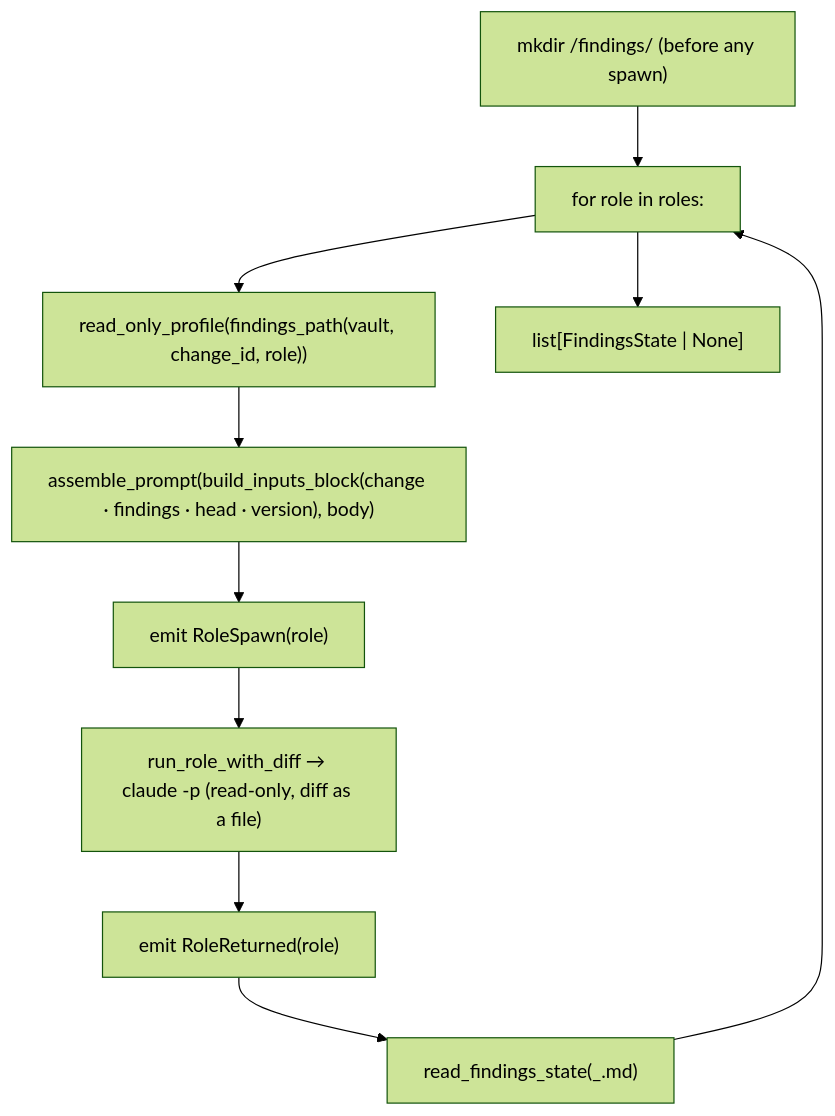
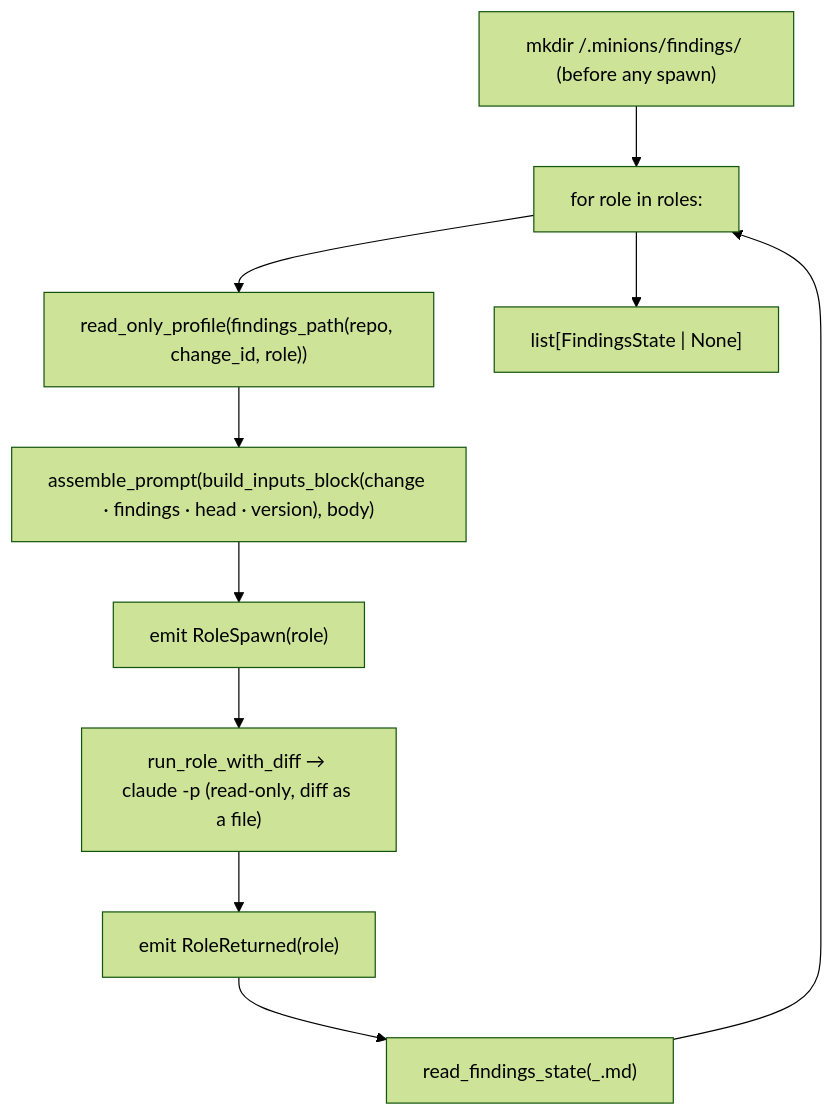
Before and after one commit to alxb1t/minionsfactory: the diagram in docs/modules/fanout.md, drawn with Mermaid (forest theme). The commit also changed other lines of this file and 14 other files, not shown here.

````diff
--- a/docs/modules/fanout.md
+++ b/docs/modules/fanout.md
@@ -37,12 +37,12 @@
 ```mermaid
 flowchart TD
-    mk["mkdir <vault>/findings/ (before any spawn)"] --> loop["for role in roles:"]
-    loop --> prof["read_only_profile(findings_path(vault, change_id, role))"]
+    mk["mkdir <repo>/.minions/findings/ (before any spawn)"] --> loop["for role in roles:"]
+    loop --> prof["read_only_profile(findings_path(repo, change_id, role))"]
     prof --> inp["assemble_prompt(build_inputs_block(change · findings · head · version), body)"]
     inp --> sp["emit RoleSpawn(role)"]
     sp --> rr["run_role_with_diff → claude -p (read-only, diff as a file)"]
     rr --> ret["emit RoleReturned(role)"]
     ret --> rf["read_findings_state(<change-id>_<role>.md)"]
     rf --> loop
     loop --> collect["list[FindingsState | None]"]
 ```
````
